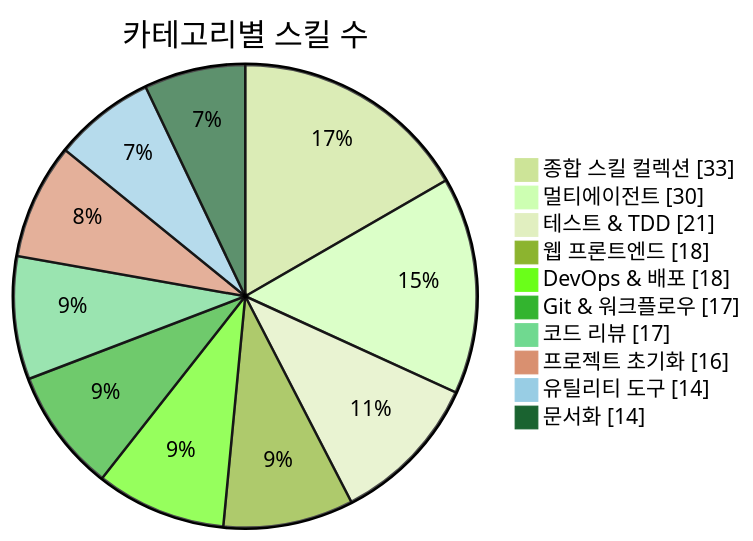
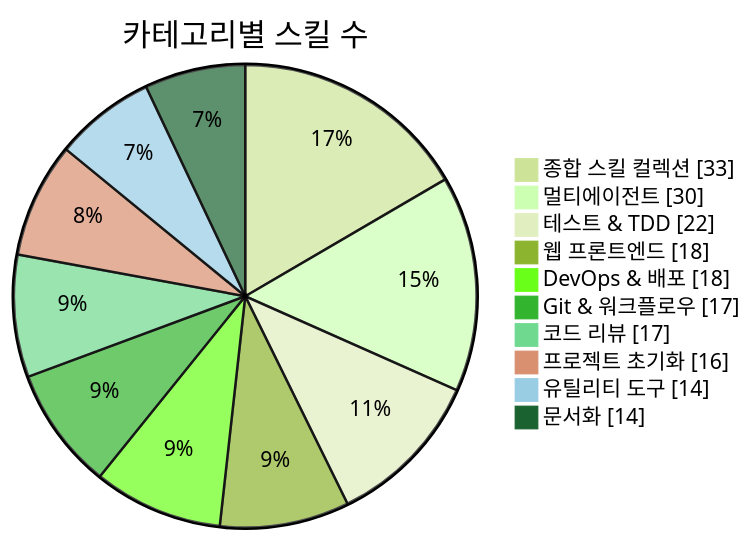
The first of 3 diagrams in README.md (J-nowcow/awesome-korean-agent-skills), drawn with Mermaid (forest theme) before and after one commit. The commit also changed other lines of this file and 4 other files, not shown here.

````diff
--- a/README.md
+++ b/README.md
@@ -176,14 +176,14 @@
 ```mermaid
 pie showData
     title 카테고리별 스킬 수
     "종합 스킬 컬렉션" : 33
     "멀티에이전트" : 30
-    "테스트 & TDD" : 21
+    "테스트 & TDD" : 22
     "웹 프론트엔드" : 18
     "DevOps & 배포" : 18
     "Git & 워크플로우" : 17
     "코드 리뷰" : 17
     "프로젝트 초기화" : 16
     "유틸리티 도구" : 14
     "문서화" : 14
 ```
````
